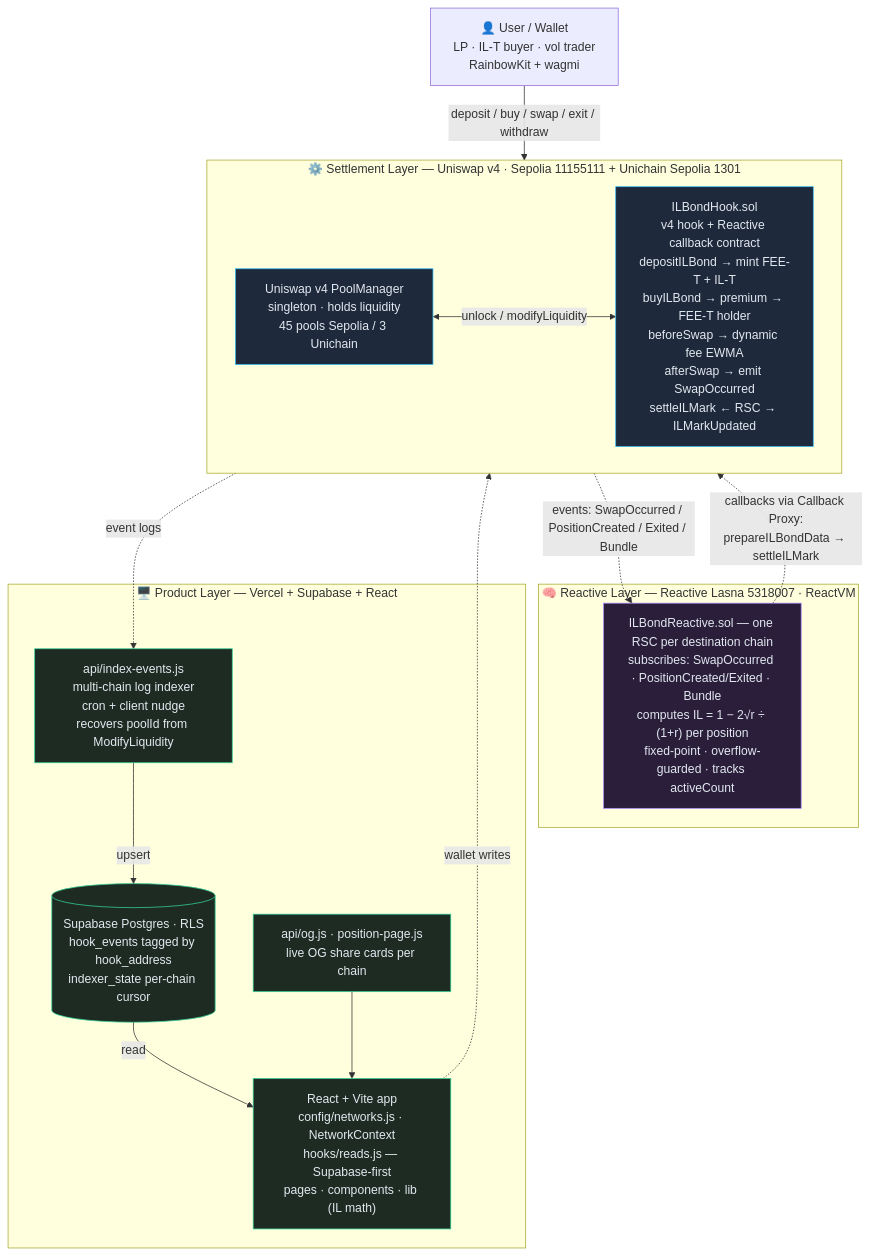
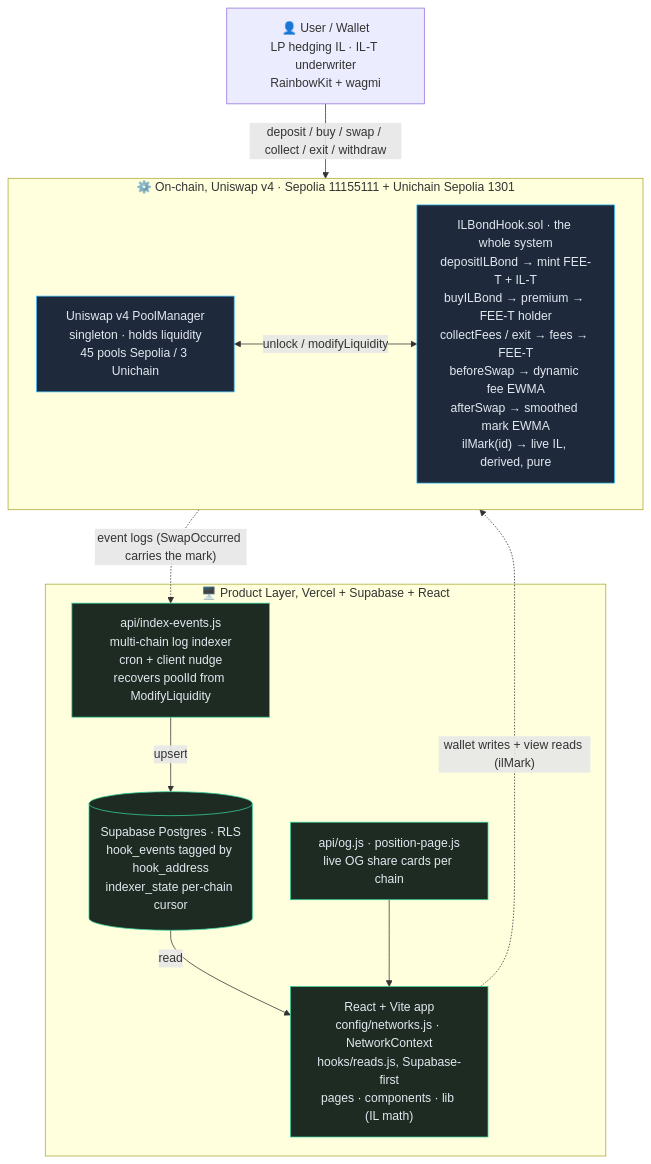
Before and after one commit to Prakhar-30/schizo_UHI9: the first of 2 diagrams in README.md, drawn with Mermaid. The commit also changed other lines of this file and 86 other files, not shown here.

````diff
--- a/README.md
+++ b/README.md
@@ -55,38 +54,30 @@
 ```mermaid
 flowchart TB
-    User["👤 User / Wallet<br/>LP · IL-T buyer · vol trader<br/>RainbowKit + wagmi"]
+    User["👤 User / Wallet<br/>LP hedging IL · IL-T underwriter<br/>RainbowKit + wagmi"]
 
-    subgraph SETTLE["⚙️ Settlement Layer — Uniswap v4 · Sepolia 11155111 + Unichain Sepolia 1301"]
+    subgraph CHAIN["⚙️ On-chain, Uniswap v4 · Sepolia 11155111 + Unichain Sepolia 1301"]
         direction LR
         PM["Uniswap v4 PoolManager<br/>singleton · holds liquidity<br/>45 pools Sepolia / 3 Unichain"]
-        Hook["ILBondHook.sol<br/>v4 hook + Reactive callback contract<br/>depositILBond → mint FEE-T + IL-T<br/>buyILBond → premium → FEE-T holder<br/>beforeSwap → dynamic fee EWMA<br/>afterSwap → emit SwapOccurred<br/>settleILMark ← RSC → ILMarkUpdated"]
+        Hook["ILBondHook.sol · the whole system<br/>depositILBond → mint FEE-T + IL-T<br/>buyILBond → premium → FEE-T holder<br/>collectFees / exit → fees → FEE-T<br/>beforeSwap → dynamic fee EWMA<br/>afterSwap → smoothed mark EWMA<br/>ilMark(id) → live IL, derived, pure"]
         PM <-->|"unlock / modifyLiquidity"| Hook
     end
 
-    subgraph REACT["🧠 Reactive Layer — Reactive Lasna 5318007 · ReactVM"]
-        RSC["ILBondReactive.sol — one RSC per destination chain<br/>subscribes: SwapOccurred · PositionCreated/Exited · Bundle<br/>computes IL = 1 − 2√r ÷ (1+r) per position<br/>fixed-point · overflow-guarded · tracks activeCount"]
-    end
-
-    subgraph PRODUCT["🖥️ Product Layer — Vercel + Supabase + React"]
+    subgraph PRODUCT["🖥️ Product Layer, Vercel + Supabase + React"]
         Indexer["api/index-events.js<br/>multi-chain log indexer<br/>cron + client nudge<br/>recovers poolId from ModifyLiquidity"]
         DB[("Supabase Postgres · RLS<br/>hook_events tagged by hook_address<br/>indexer_state per-chain cursor")]
         OG["api/og.js · position-page.js<br/>live OG share cards per chain"]
-        FE["React + Vite app<br/>config/networks.js · NetworkContext<br/>hooks/reads.js — Supabase-first<br/>pages · components · lib (IL math)"]
+        FE["React + Vite app<br/>config/networks.js · NetworkContext<br/>hooks/reads.js, Supabase-first<br/>pages · components · lib (IL math)"]
         Indexer -->|upsert| DB
         DB -->|read| FE
         OG --> FE
     end
 
-    User -->|"deposit / buy / swap / exit / withdraw"| Hook
-    Hook -.->|"events: SwapOccurred / PositionCreated / Exited / Bundle"| RSC
-    RSC -.->|"callbacks via Callback Proxy:<br/>prepareILBondData → settleILMark"| Hook
-    Hook -.->|"event logs"| Indexer
-    FE -.->|"wallet writes"| Hook
+    User -->|"deposit / buy / swap / collect / exit / withdraw"| Hook
+    Hook -.->|"event logs (SwapOccurred carries the mark)"| Indexer
+    FE -.->|"wallet writes + view reads (ilMark)"| Hook
 
     classDef settle fill:#1e293b,stroke:#38bdf8,color:#e2e8f0;
-    classDef react fill:#2a1e3b,stroke:#a78bfa,color:#e2e8f0;
     classDef product fill:#1e2b22,stroke:#34d399,color:#e2e8f0;
     class PM,Hook settle;
-    class RSC react;
     class Indexer,DB,OG,FE product;
 ```
````
